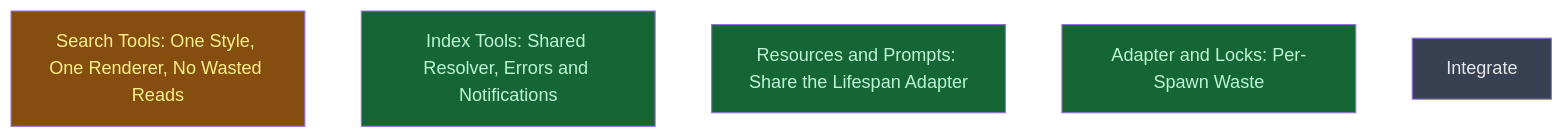
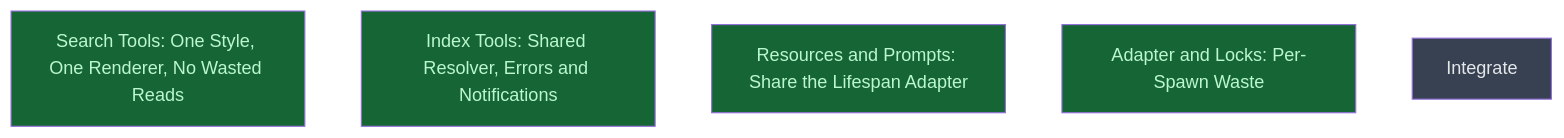
The diagram in __roadmap__/consistency/README.md (CrackingShells/colgrep-mcp), drawn with Mermaid before and after one commit. The commit also changed other lines of this file, not shown here.

Commit message:
docs(roadmap): record search_tools as done and merged

````diff
--- a/__roadmap__/consistency/README.md
+++ b/__roadmap__/consistency/README.md
@@ -35,13 +35,13 @@
 ```mermaid
 graph TD
-    search_tools[Search Tools: One Style, One Renderer, No Wasted Reads]:::inprogress
+    search_tools[Search Tools: One Style, One Renderer, No Wasted Reads]:::done
     index_tools[Index Tools: Shared Resolver, Errors and Notifications]:::done
     context_free_handlers[Resources and Prompts: Share the Lifespan Adapter]:::done
     adapter_hygiene[Adapter and Locks: Per-Spawn Waste]:::done
     integrate[Integrate]:::planned
     classDef done       fill:#166534,color:#bbf7d0
     classDef inprogress fill:#854d0e,color:#fef08a
     classDef planned    fill:#374151,color:#e5e7eb
     classDef amendment  fill:#1e3a5f,color:#bfdbfe
     classDef blocked    fill:#7f1d1d,color:#fecaca
 ```
````
